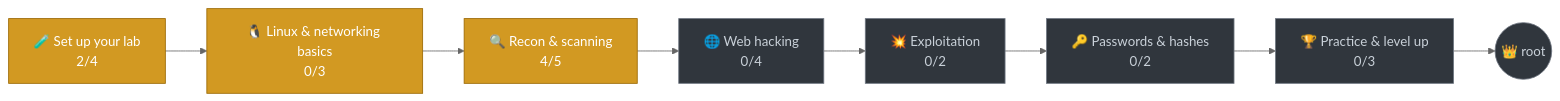
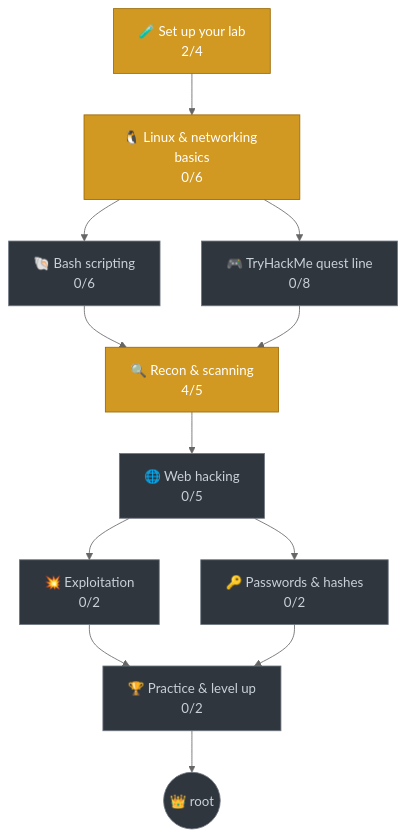
The diagram in README.md (YeetQz/zero-to-root), drawn with Mermaid (neutral theme) before and after one commit. The commit also changed other lines of this file and 17 other files, not shown here.

````diff
--- a/README.md
+++ b/README.md
@@ -46,21 +90,27 @@
 ```mermaid
-flowchart LR
+flowchart TD
     lab["🧪 Set up your lab<br/>2/4"]:::active
-    linux["🐧 Linux & networking basics<br/>0/3"]:::active
+    linux["🐧 Linux & networking basics<br/>0/6"]:::active
+    bash["🐚 Bash scripting<br/>0/6"]:::locked
+    thm["🎮 TryHackMe quest line<br/>0/8"]:::locked
     recon["🔍 Recon & scanning<br/>4/5"]:::active
-    web["🌐 Web hacking<br/>0/4"]:::locked
+    web["🌐 Web hacking<br/>0/5"]:::locked
     exploit["💥 Exploitation<br/>0/2"]:::locked
     passwords["🔑 Passwords & hashes<br/>0/2"]:::locked
-    practice["🏆 Practice & level up<br/>0/3"]:::locked
+    practice["🏆 Practice & level up<br/>0/2"]:::locked
     lab --> linux
-    linux --> recon
+    linux --> bash
+    linux --> thm
+    bash --> recon
+    thm --> recon
     recon --> web
     web --> exploit
-    exploit --> passwords
+    web --> passwords
+    exploit --> practice
     passwords --> practice
     root(("👑 root")):::locked
     practice --> root
     classDef done fill:#2ea043,stroke:#1a7f37,color:#ffffff
     classDef active fill:#d29922,stroke:#9a6700,color:#ffffff
     classDef locked fill:#30363d,stroke:#6e7681,color:#c9d1d9
 ```
````
